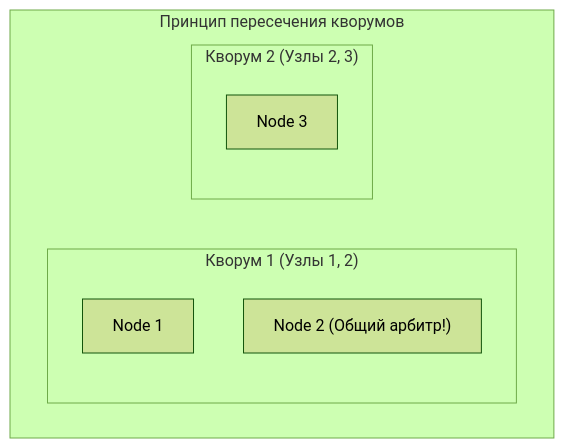
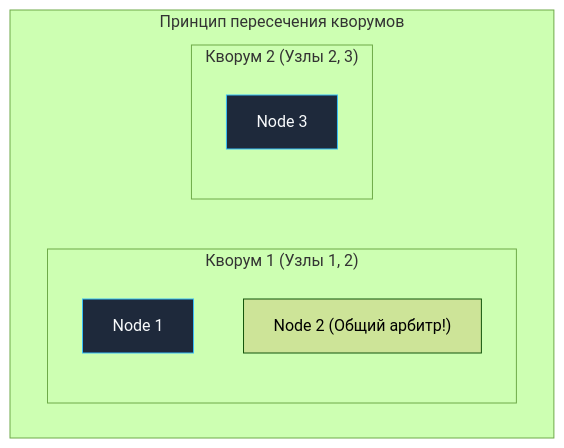
The third of 3 diagrams in sources/14. Распределенные системы на Go/02. Консенсус/1. Зачем нужен consensus.md (UnrealTemplier/go-textbook), drawn with Mermaid (forest theme) before and after one commit. The commit also changed other lines of this file and 1666 other files, not shown here.

First line of the commit message:
feat(mermaid): add semantic color classDef to 1369 colorless flowchart/graph diagrams

````diff
--- a/sources/14. Распределенные системы на Go/02. Консенсус/1. Зачем нужен consensus.md
+++ b/sources/14. Распределенные системы на Go/02. Консенсус/1. Зачем нужен consensus.md
@@ -148,13 +158,23 @@
 ```mermaid
 flowchart TD
+    classDef process  fill:#1e293b,stroke:#38bdf8,stroke-width:1px,color:#f8fafc
+    classDef success  fill:#064e3b,stroke:#34d399,stroke-width:1px,color:#f8fafc
+    classDef error    fill:#7f1d1d,stroke:#f87171,stroke-width:1px,color:#f8fafc
+    classDef warning  fill:#78350f,stroke:#fbbf24,stroke-width:1px,color:#f8fafc
+    classDef entry    fill:#1e3a5f,stroke:#38bdf8,stroke-width:2px,color:#f8fafc
+    classDef aux      fill:#334155,stroke:#64748b,stroke-width:1px,color:#f8fafc
+    classDef system   fill:#312e81,stroke:#a78bfa,stroke-width:1px,color:#f8fafc
+    classDef data     fill:#132d29,stroke:#2dd4bf,stroke-width:1px,color:#f8fafc
+    classDef network  fill:#881337,stroke:#fb7185,stroke-width:1px,color:#f8fafc
+    classDef accent   fill:#1e1b4b,stroke:#818cf8,stroke-width:1px,color:#f8fafc
     subgraph MajorityOverlap ["Принцип пересечения кворумов"]
         subgraph Q1 ["Кворум 1 (Узлы 1, 2)"]
-            Node1["Node 1"]
+            Node1["Node 1"]:::process
             Node2["Node 2 (Общий арбитр!)"]
         end
         subgraph Q2 ["Кворум 2 (Узлы 2, 3)"]
             Node2
-            Node3["Node 3"]
+            Node3["Node 3"]:::process
         end
     end
 ```
````
